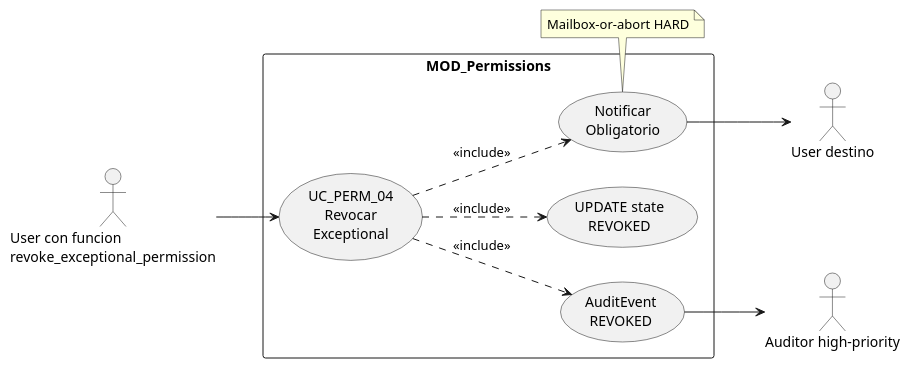
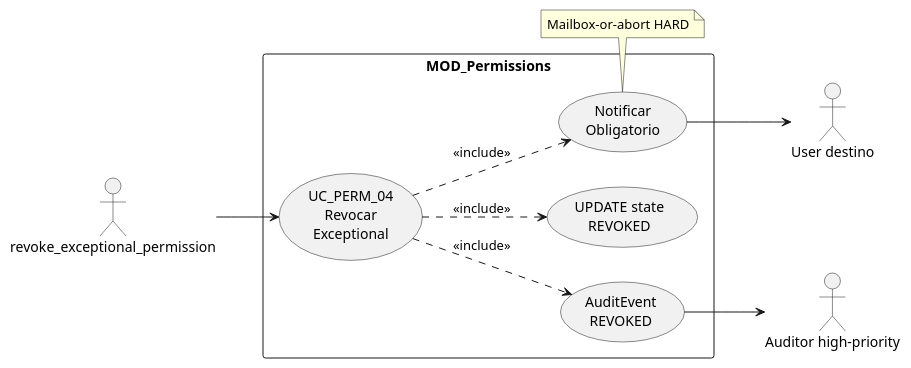
The first of 4 diagrams in source/requisitos/casos-uso/permissions/uc-perm-04/diagramas-uml.rst (jcg-admin/IACT-docs), drawn with PlantUML before and after one commit. The commit also changed 77 other files, not shown here.

First line of the commit message:
Enforce RBAC function names as actors in all UML diagrams

```diff
--- a/source/requisitos/casos-uso/permissions/uc-perm-04/diagramas-uml.rst
+++ b/source/requisitos/casos-uso/permissions/uc-perm-04/diagramas-uml.rst
@@ -10,29 +10,29 @@
 .. uml::
  :caption: UC_PERM_04 — actores
 
  @startuml
  left to right direction
 
- actor "User con funcion\nrevoke_exceptional_permission" as INVOKER
+ actor "revoke_exceptional_permission" as INVOKER
  actor "User destino" as TARGET
  actor "Auditor high-priority" as AUD
 
  rectangle "MOD_Permissions" {
    usecase "UC_PERM_04\nRevocar\nExceptional" as UC04
    usecase "UPDATE state\nREVOKED" as UPD
    usecase "Notificar\nObligatorio" as NOT
    usecase "AuditEvent\nREVOKED" as EMI
  }
 
  INVOKER --> UC04
  UC04 ..> UPD : <<include>>
  UC04 ..> NOT : <<include>>
  UC04 ..> EMI : <<include>>
  NOT --> TARGET
  EMI --> AUD
 
  note bottom of NOT
    Mailbox-or-abort HARD
  end note
 
  @enduml
```
